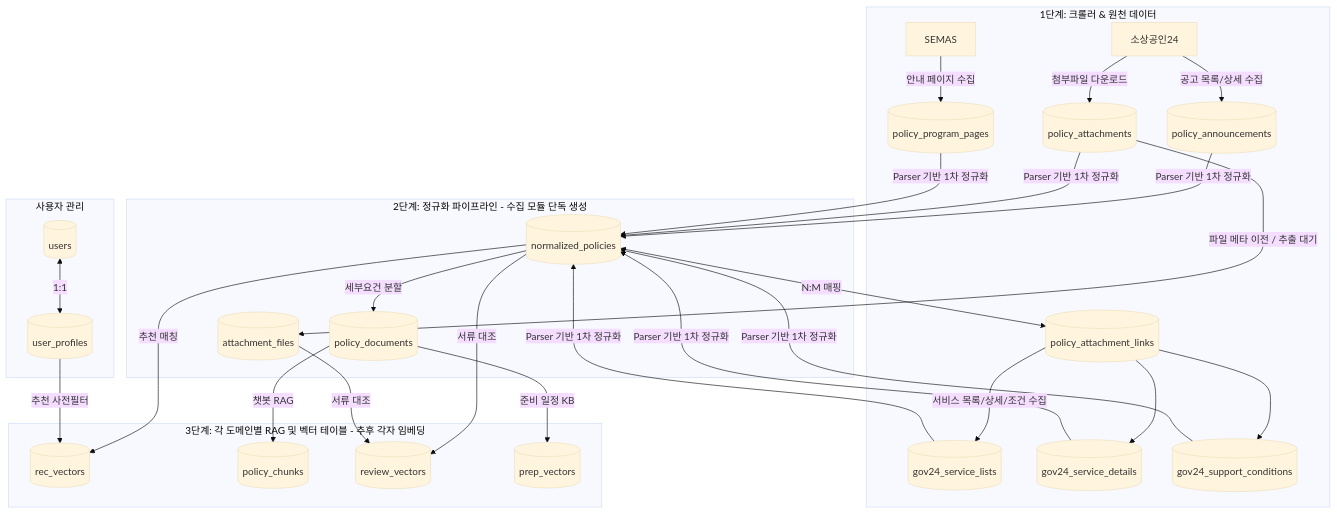
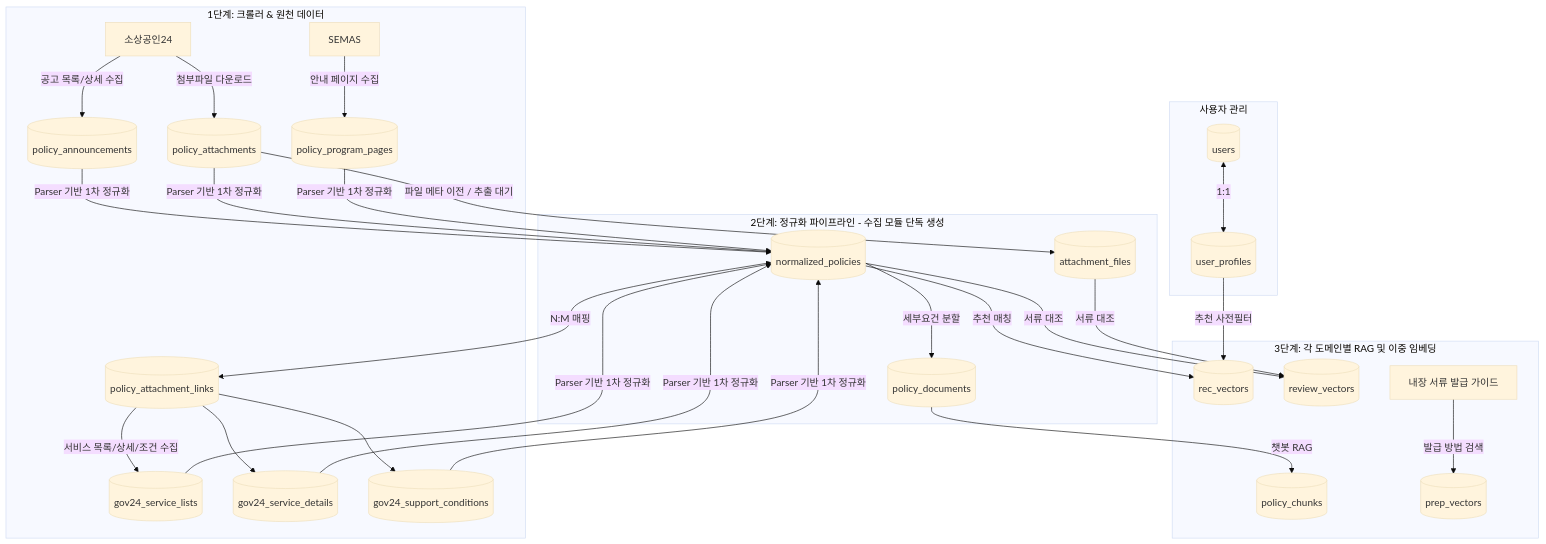
Before and after one commit to cenlady/SobokSobok: the diagram in DB_SCHEMA.md, drawn with Mermaid (base theme). The commit also changed other lines of this file and 2 other files, not shown here.

````diff
--- a/DB_SCHEMA.md
+++ b/DB_SCHEMA.md
@@ -9,30 +9,30 @@
 ```mermaid
 flowchart TD
     subgraph 원천_수집 [1단계: 크롤러 & 원천 데이터]
         A[소상공인24] -->|공고 목록/상세 수집| B[(policy_announcements)]
         A -->|첨부파일 다운로드| C[(policy_attachments)]
         S[SEMAS] -->|안내 페이지 수집| D[(policy_program_pages)]
         G[Gov24 OpenAPI] -->|서비스 목록/상세/조건 수집| GL[(gov24_service_lists)]
         G --> GD[(gov24_service_details)]
         G --> GC[(gov24_support_conditions)]
     end
 
     subgraph 정규화_공유 [2단계: 정규화 파이프라인 - 수집 모듈 단독 생성]
         B & C & D & GL & GD & GC -->|Parser 기반 1차 정규화| E[(normalized_policies)]
         C -->|파일 메타 이전 / 추출 대기| F[(attachment_files)]
         E <-->|N:M 매핑| G[(policy_attachment_links)]
         E -->|세부요건 분할| H[(policy_documents)]
     end
 
-    subgraph 개인_벡터_소유 [3단계: 각 도메인별 RAG 및 벡터 테이블 - 추후 각자 임베딩]
+    subgraph 개인_벡터_소유 [3단계: 각 도메인별 RAG 및 이중 임베딩]
         E -->|추천 매칭| I[(rec_vectors)]
         H -->|챗봇 RAG| J[(policy_chunks)]
         E & F -->|서류 대조| K[(review_vectors)]
-        H -->|준비 일정 KB| L[(prep_vectors)]
+        P[내장 서류 발급 가이드] -->|발급 방법 검색| L[(prep_vectors)]
     end
     
     subgraph 사용자_인증 [사용자 관리]
         M[(users)] <-->|1:1| N[(user_profiles)]
         N -->|추천 사전필터| I
     end
 ```
````
